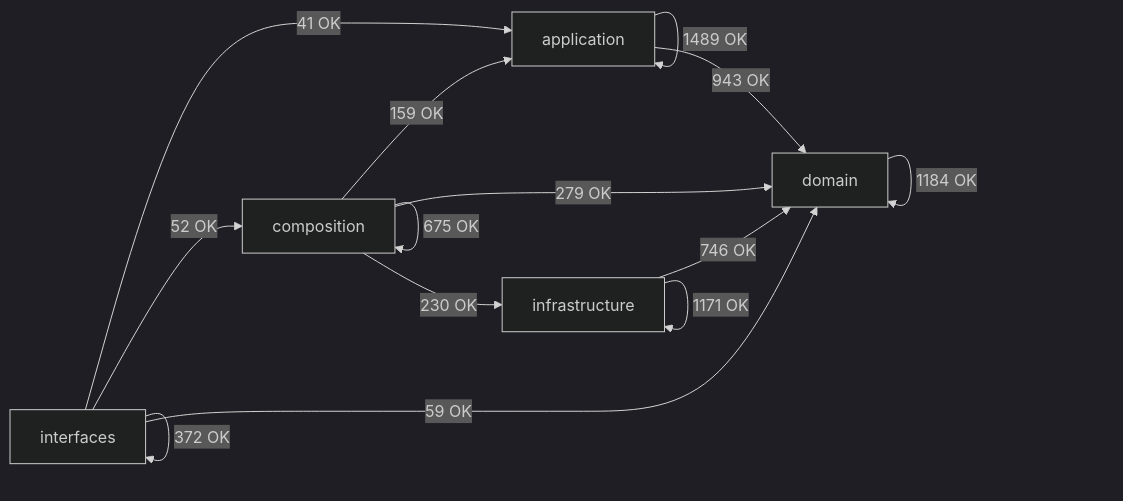
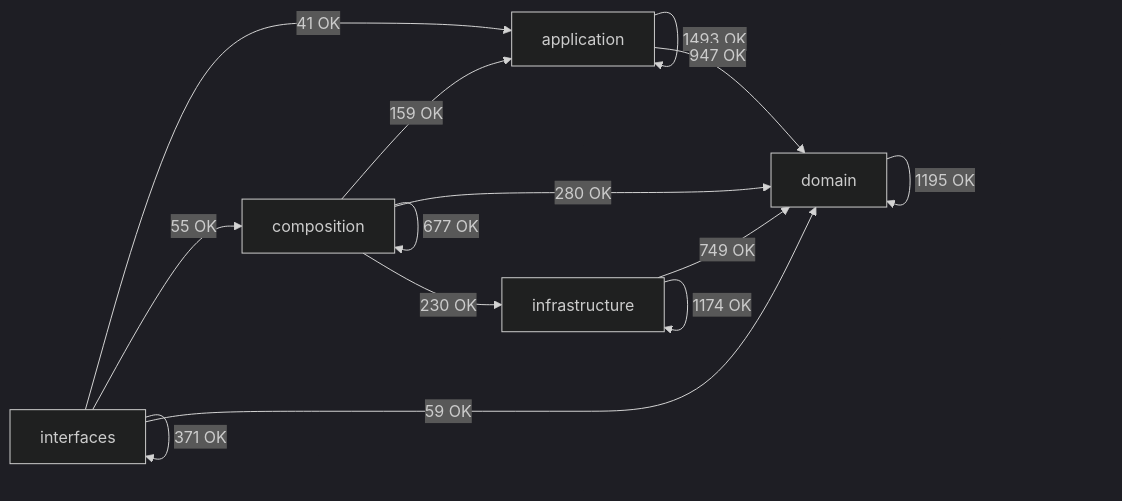
Before and after one commit to SatoryKono/BioactivityDataAcquisition: the diagram in docs/02-architecture/generated/module-dependency-map.md, drawn with Mermaid (dark theme). The commit also changed other lines of this file and 16 other files, not shown here.

````diff
--- a/docs/02-architecture/generated/module-dependency-map.md
+++ b/docs/02-architecture/generated/module-dependency-map.md
@@ -17,21 +17,21 @@
 ```mermaid
 flowchart LR
     domain[domain]
     application[application]
     infrastructure[infrastructure]
     composition[composition]
     interfaces[interfaces]
-    application -->|1489 OK| application
-    application -->|943 OK| domain
+    application -->|1493 OK| application
+    application -->|947 OK| domain
     composition -->|159 OK| application
-    composition -->|675 OK| composition
-    composition -->|279 OK| domain
+    composition -->|677 OK| composition
+    composition -->|280 OK| domain
     composition -->|230 OK| infrastructure
-    domain -->|1184 OK| domain
-    infrastructure -->|746 OK| domain
-    infrastructure -->|1171 OK| infrastructure
+    domain -->|1195 OK| domain
+    infrastructure -->|749 OK| domain
+    infrastructure -->|1174 OK| infrastructure
     interfaces -->|41 OK| application
-    interfaces -->|52 OK| composition
+    interfaces -->|55 OK| composition
     interfaces -->|59 OK| domain
-    interfaces -->|372 OK| interfaces
+    interfaces -->|371 OK| interfaces
 ```
````
